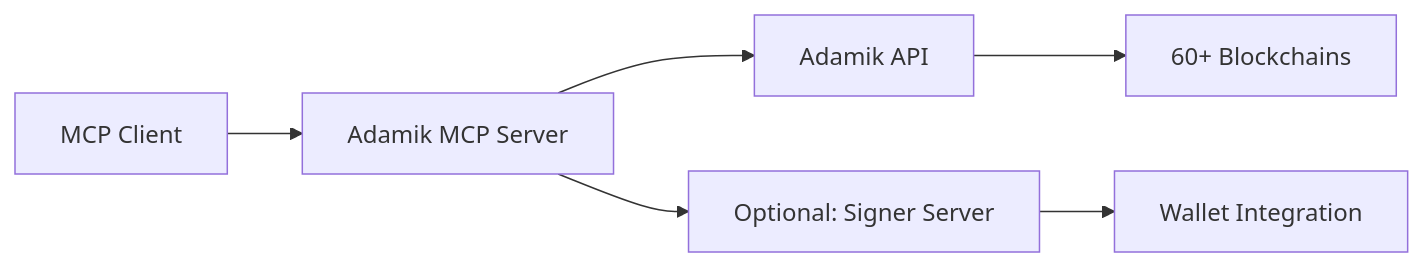
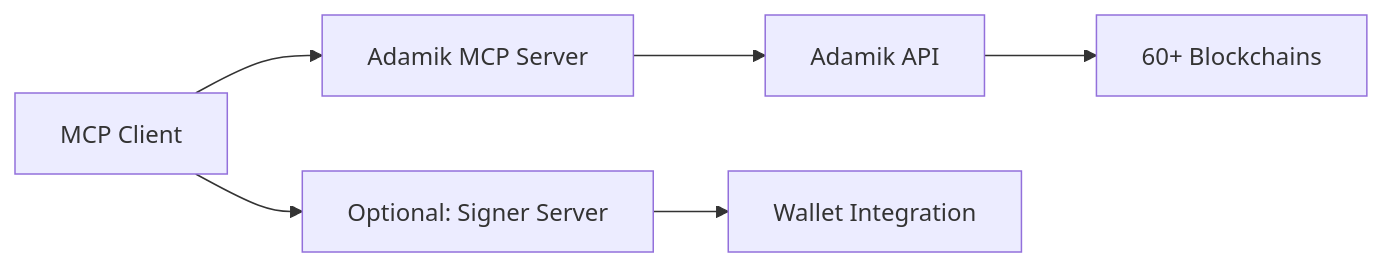
The diagram in README.md (AdamikHQ/adamik-mcp-server), drawn with Mermaid before and after one commit.

Commit message:
update mermaid

````diff
--- a/README.md
+++ b/README.md
@@ -220,9 +220,8 @@
 ```mermaid
 graph LR
     A[MCP Client] --> B[Adamik MCP Server]
     B --> C[Adamik API]
+    A --> E[Optional: Signer Server]
     C --> D[60+ Blockchains]
-
-    B --> E[Optional: Signer Server]
     E --> F[Wallet Integration]
 ```
````
